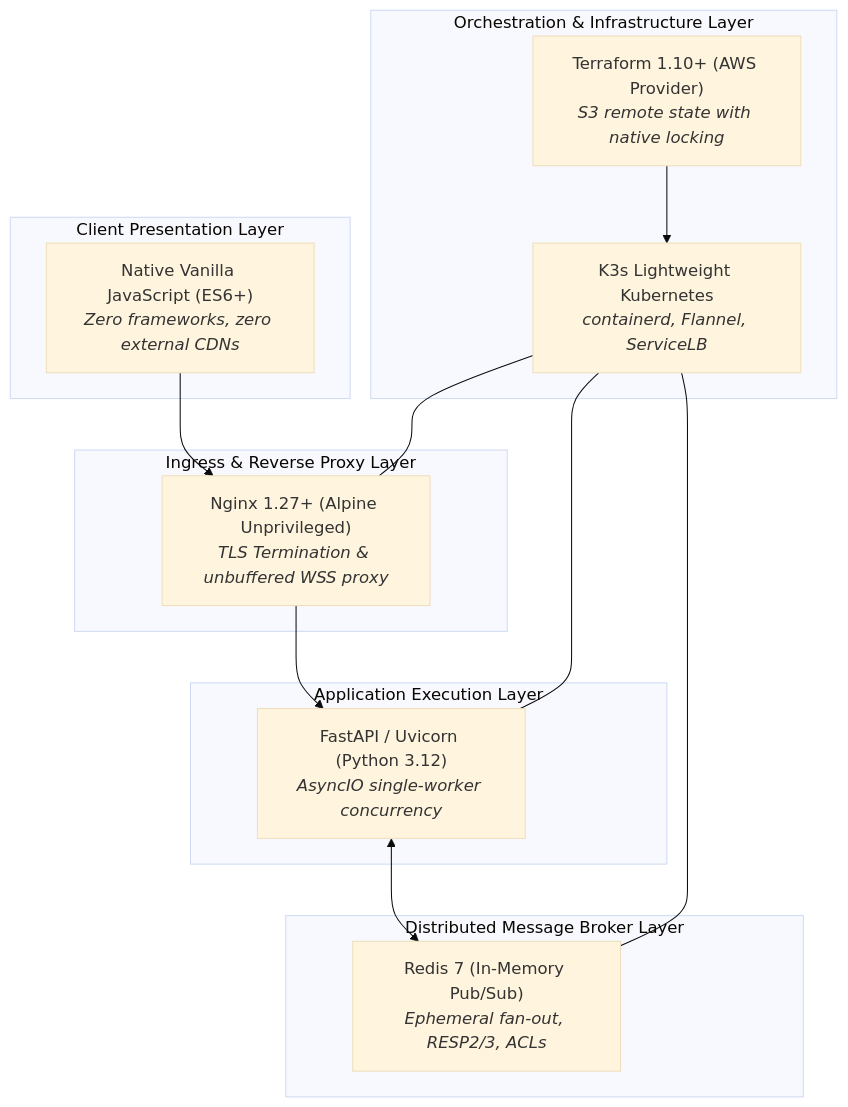
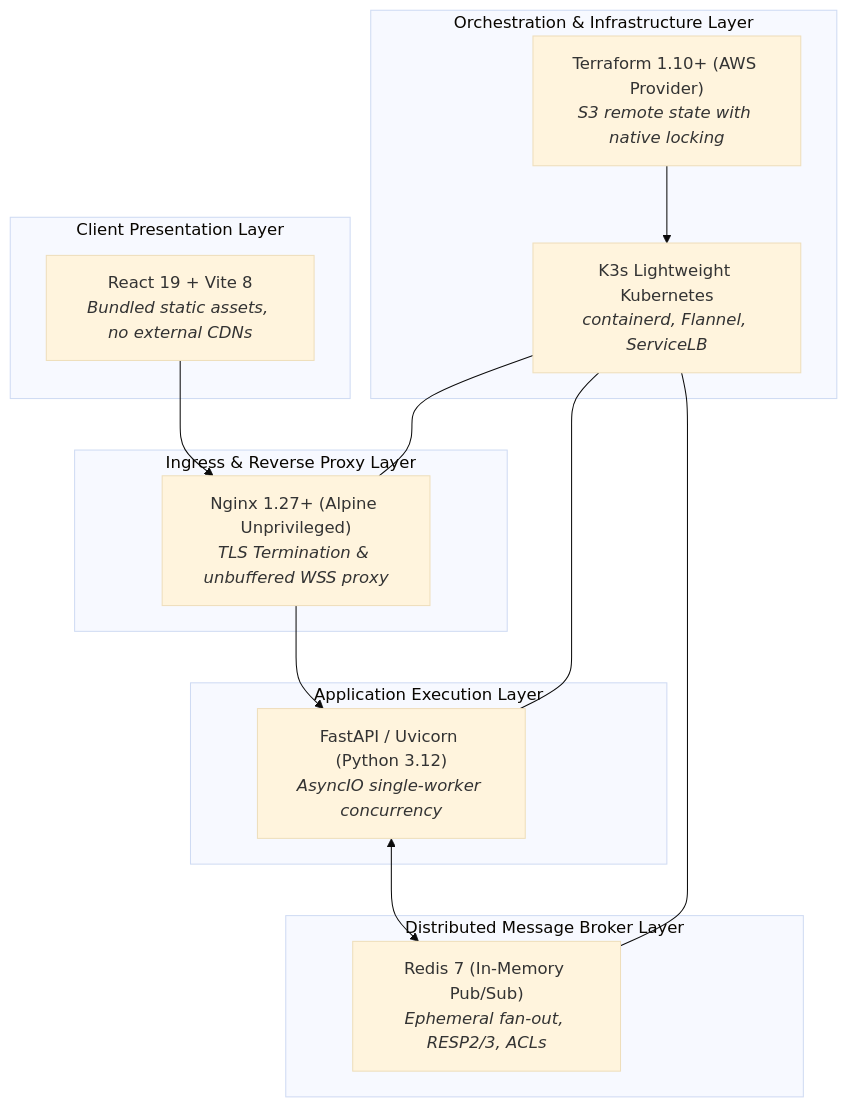
One commit to pawankgandhi15/Chat_App changed the first of 2 diagrams in docs/TECHNOLOGIES.md. Above: the diagram before and after it, drawn with Mermaid (base theme). The commit also changed other lines of this file and 30 other files, not shown here.

Commit message:
feat: migrate frontend to React and Vite

````diff
--- a/docs/TECHNOLOGIES.md
+++ b/docs/TECHNOLOGIES.md
@@ -11,31 +11,31 @@
 ```mermaid
 flowchart TD
     subgraph ClientTier["Client Presentation Layer"]
-        JS["Native Vanilla JavaScript (ES6+)<br/><i>Zero frameworks, zero external CDNs</i>"]
+        JS["React 19 + Vite 8<br/><i>Bundled static assets, no external CDNs</i>"]
     end
 
     subgraph IngressTier["Ingress & Reverse Proxy Layer"]
         Nginx["Nginx 1.27+ (Alpine Unprivileged)<br/><i>TLS Termination & unbuffered WSS proxy</i>"]
     end
 
     subgraph BackendTier["Application Execution Layer"]
         FastAPI["FastAPI / Uvicorn (Python 3.12)<br/><i>AsyncIO single-worker concurrency</i>"]
     end
 
     subgraph BrokerTier["Distributed Message Broker Layer"]
         Redis["Redis 7 (In-Memory Pub/Sub)<br/><i>Ephemeral fan-out, RESP2/3, ACLs</i>"]
     end
 
     subgraph PlatformTier["Orchestration & Infrastructure Layer"]
         K3s["K3s Lightweight Kubernetes<br/><i>containerd, Flannel, ServiceLB</i>"]
         TF["Terraform 1.10+ (AWS Provider)<br/><i>S3 remote state with native locking</i>"]
     end
 
     JS --> Nginx
     Nginx --> FastAPI
     FastAPI <--> Redis
     K3s --- Nginx
     K3s --- FastAPI
     K3s --- Redis
     TF --> K3s
 ```
````
